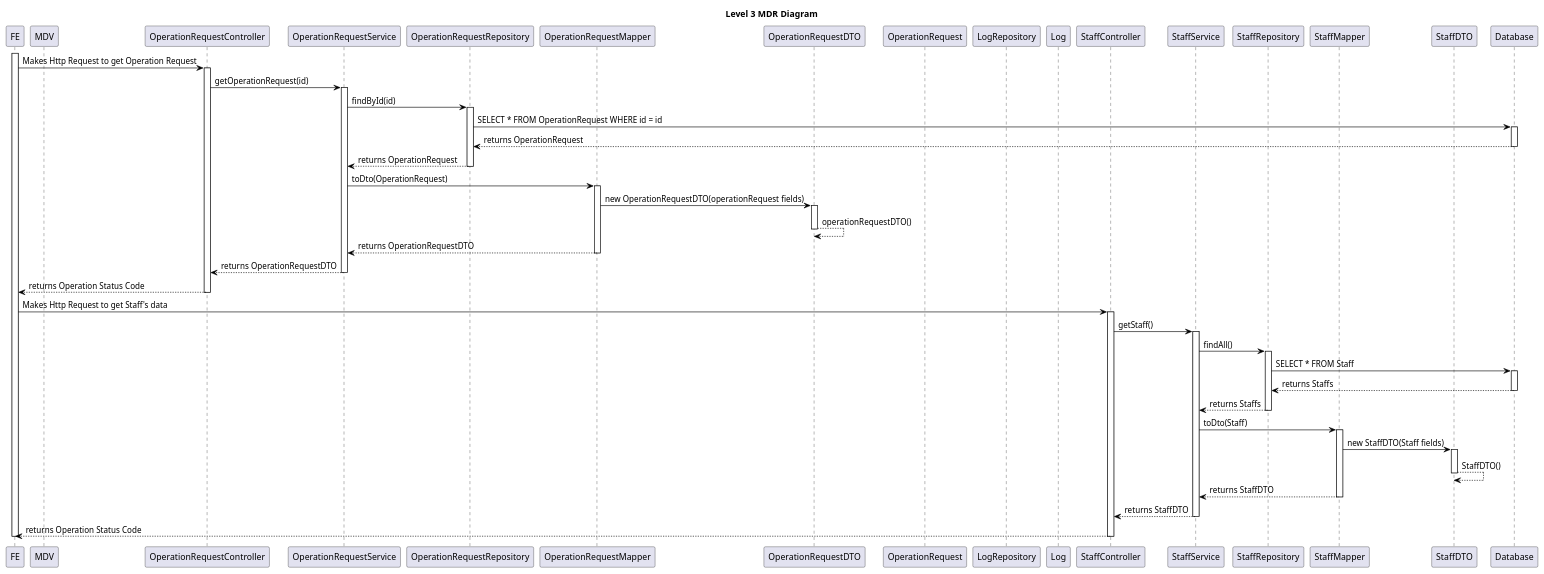
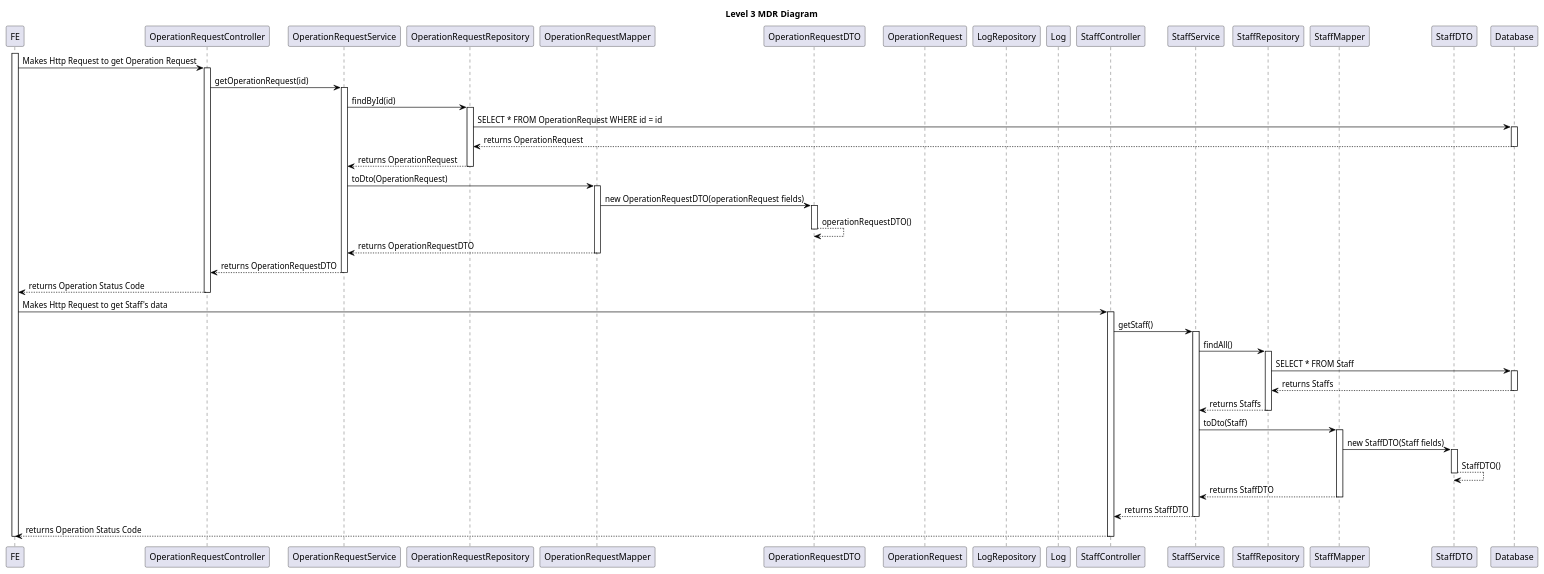
One commit to vscosousa/LAPR5_3DC_G15 changed the diagram in docs/sprint_C/us_7.2.9/level_3/puml/level_3_MDR.puml. Above: the diagram before and after it, drawn with PlantUML. The commit also changed 11 other files, not shown here.

```diff
--- a/docs/sprint_C/us_7.2.9/level_3/puml/level_3_MDR.puml
+++ b/docs/sprint_C/us_7.2.9/level_3/puml/level_3_MDR.puml
@@ -1,88 +1,87 @@
 @startuml level_3_MDR
 
 title Level 3 MDR Diagram
 
 hide empty members
 'skinparam Linetype ortho
 
 skinparam class {
     BackgroundColor<<valueObject>> #D6EAF8
     BackgroundColor<<root>> #FDEBD0
     BackgroundColor<<service>> #D1F2EB
     BackgroundColor #UIF9E7
     ArrowColor Black
 }
 
 skinparam package {
     BackgroundColor #EBF5FB
 }
 
 participant FE as FE
-participant MDV as MDV
 participant "OperationRequestController" as ORC
 participant "OperationRequestService" as ORS
 participant "OperationRequestRepository" as ORR
 participant "OperationRequestMapper" as M
 participant "OperationRequestDTO" as ORD
 participant "OperationRequest" as O
 participant "LogRepository" as LR
 participant "Log" as L
 participant "StaffController" as SC
 participant "StaffService" as SS
 participant "StaffRepository" as SR
 participant "StaffMapper" as SM
 participant "StaffDTO" as SD
 participant "Database" as DB
 
 activate FE
 FE -> ORC: Makes Http Request to get Operation Request
 activate ORC
 ORC -> ORS: getOperationRequest(id)
 activate ORS
 ORS -> ORR: findById(id)
 activate ORR
 ORR -> DB: SELECT * FROM OperationRequest WHERE id = id
 activate DB
 DB --> ORR: returns OperationRequest
 deactivate DB
 ORR --> ORS: returns OperationRequest
 deactivate ORR
 ORS -> M: toDto(OperationRequest)
 activate M
 M -> ORD: new OperationRequestDTO(operationRequest fields)
 activate ORD
 ORD --> ORD: operationRequestDTO()
 deactivate ORD
 M --> ORS: returns OperationRequestDTO
 deactivate M
 ORS --> ORC: returns OperationRequestDTO
 deactivate ORS
 ORC --> FE: returns Operation Status Code
 deactivate ORC
 FE -> SC: Makes Http Request to get Staff's data
 activate SC
 SC -> SS: getStaff()
 activate SS
 SS -> SR: findAll()
 activate SR
 SR -> DB: SELECT * FROM Staff
 activate DB
 DB --> SR: returns Staffs
 deactivate DB
 SR --> SS: returns Staffs
 deactivate SR
 SS -> SM: toDto(Staff)
 activate SM
 SM -> SD: new StaffDTO(Staff fields)
 activate SD
 SD --> SD: StaffDTO()
 deactivate SD
 SM --> SS: returns StaffDTO
 deactivate SM
 SS --> SC: returns StaffDTO
 deactivate SS
 SC --> FE: returns Operation Status Code
 deactivate SC
 deactivate FE
 
 @enduml
```
